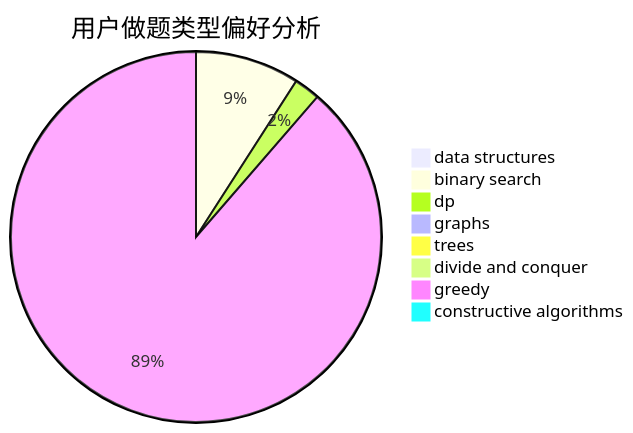
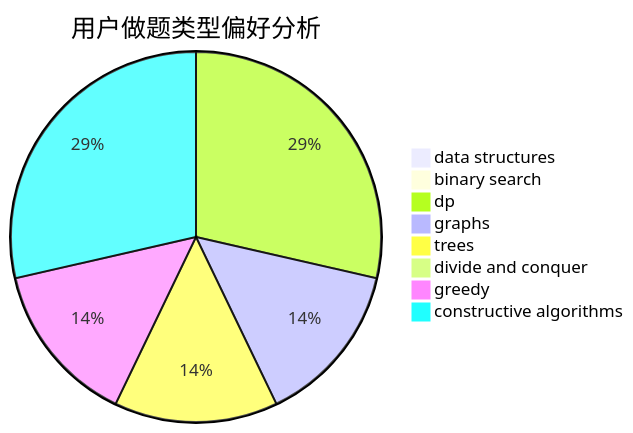
Before and after one commit to sherpahu/cfrs.github.io: the second of 3 diagrams in docs/user/u2346.md, drawn with Mermaid. The commit also changed other lines of this file and 2770 other files, not shown here.

````diff
--- a/docs/user/u2346.md
+++ b/docs/user/u2346.md
@@ -23,11 +23,11 @@
 ```mermaid
 pie title 用户做题类型偏好分析
     "data structures" :  0
-    "binary search" :  4
-    "dp" :  1
-    "graphs" :  0
-    "trees" :  0
+    "binary search" :  0
+    "dp" :  4
+    "graphs" :  2
+    "trees" :  2
     "divide and conquer" :  0
-    "greedy" :  39
-    "constructive algorithms" :  0
+    "greedy" :  2
+    "constructive algorithms" :  4
 ```
````
